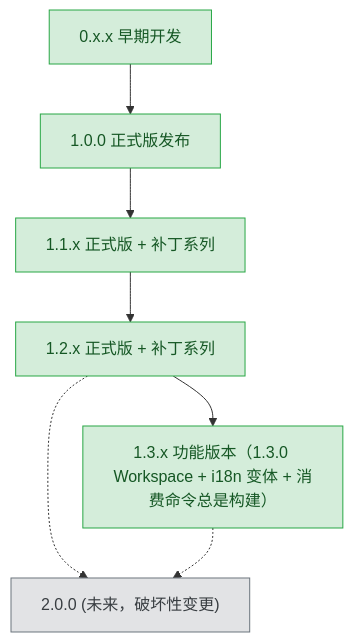
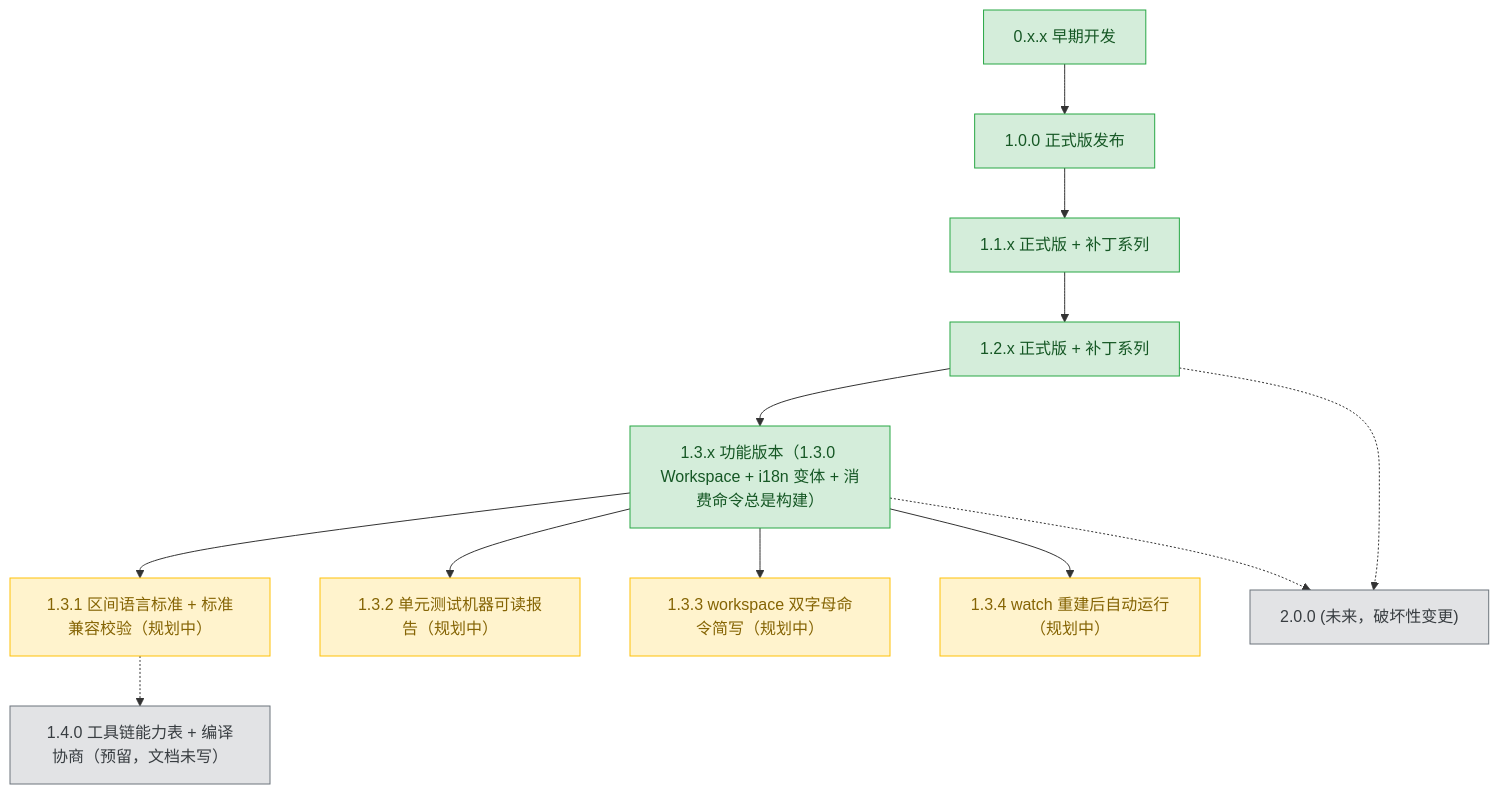
One commit to 3667808244/EazyMake changed the diagram in plans/README.md. Above: the diagram before and after it, drawn with Mermaid. The commit also changed other lines of this file and 9 other files, not shown here.

````diff
--- a/plans/README.md
+++ b/plans/README.md
@@ -61,26 +65,41 @@
 ```mermaid
 graph TD
     v0xx["0.x.x 早期开发"]
     v100["1.0.0 正式版发布"]
     v11x["1.1.x 正式版 + 补丁系列"]
     v12x["1.2.x 正式版 + 补丁系列"]
     v13x["1.3.x 功能版本（1.3.0 Workspace + i18n 变体 + 消费命令总是构建）"]
+    v131["1.3.1 区间语言标准 + 标准兼容校验（规划中）"]
+    v132["1.3.2 单元测试机器可读报告（规划中）"]
+    v133["1.3.3 workspace 双字母命令简写（规划中）"]
+    v134["1.3.4 watch 重建后自动运行（规划中）"]
+    v140["1.4.0 工具链能力表 + 编译协商（预留，文档未写）"]
     v200["2.0.0 (未来，破坏性变更)"]
 
     v0xx --> v100
     v100 --> v11x
     v11x --> v12x
     v12x --> v13x
+    v13x --> v131
+    v13x --> v132
+    v13x --> v133
+    v13x --> v134
+    v131 -.-> v140
     v12x -.-> v200
     v13x -.-> v200
 
     classDef done fill:#d4edda,stroke:#28a745,color:#155724;
     classDef active fill:#fff3cd,stroke:#ffc107,color:#856404;
     classDef todo fill:#e2e3e5,stroke:#6c757d,color:#383d41;
 
     class v0xx,v100 done;
     class v11x done;
     class v12x done;
     class v13x done;
+    class v131 active;
+    class v132 active;
+    class v133 active;
+    class v134 active;
+    class v140 todo;
     class v200 todo;
 ```
````
